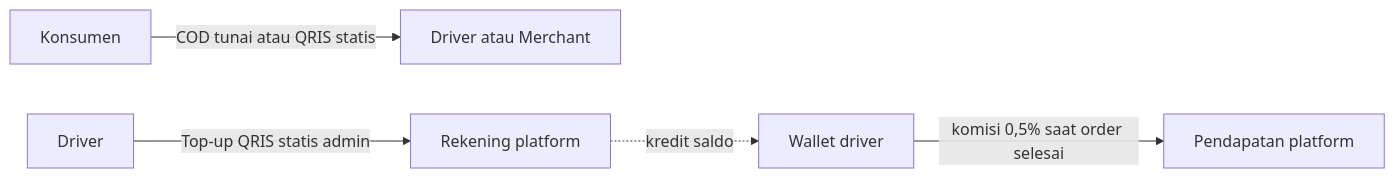
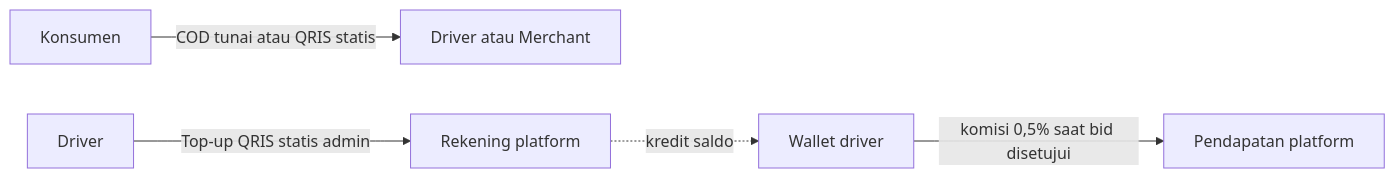
The second of 2 diagrams in docs/Monetization.md (rizalfarhan613-1909/CampusXpress), drawn with Mermaid before and after one commit. The commit also changed other lines of this file and 132 other files, not shown here.

````diff
--- a/docs/Monetization.md
+++ b/docs/Monetization.md
@@ -132,7 +175,7 @@
 ```mermaid
 flowchart LR
   K[Konsumen] -- COD tunai atau QRIS statis --> P[Driver atau Merchant]
   D[Driver] -- Top-up QRIS statis admin --> ADM[Rekening platform]
   ADM -. kredit saldo .-> W[Wallet driver]
-  W -- komisi 0,5% saat order selesai --> PL[Pendapatan platform]
+  W -- komisi 0,5% saat bid disetujui --> PL[Pendapatan platform]
 ```
````
